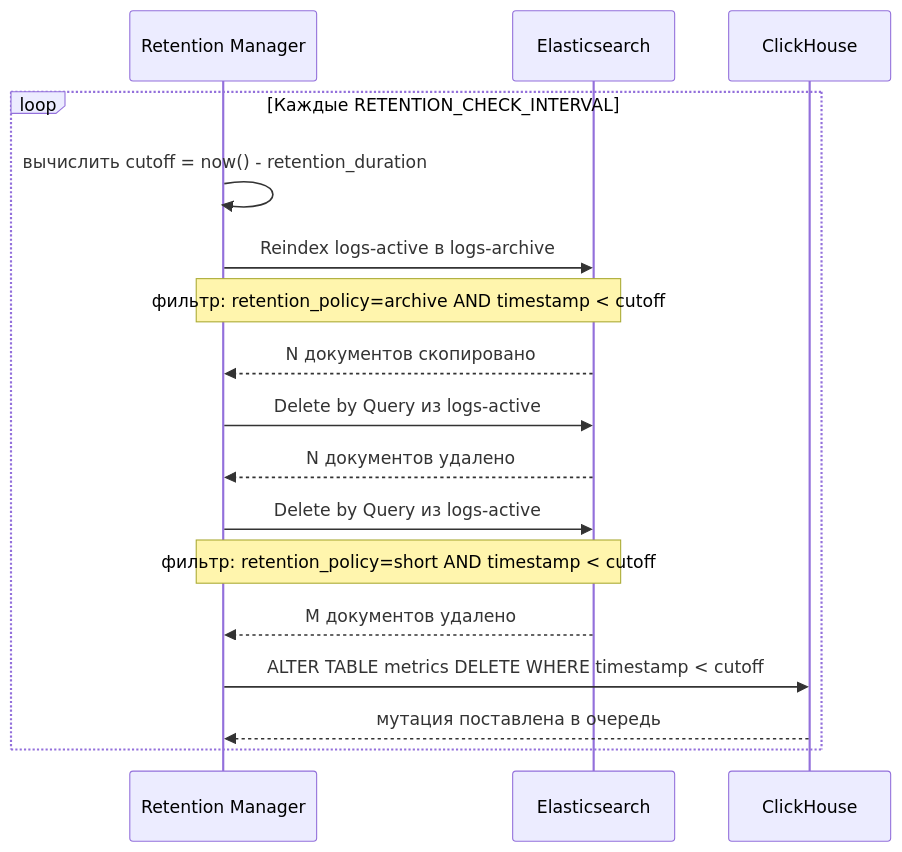
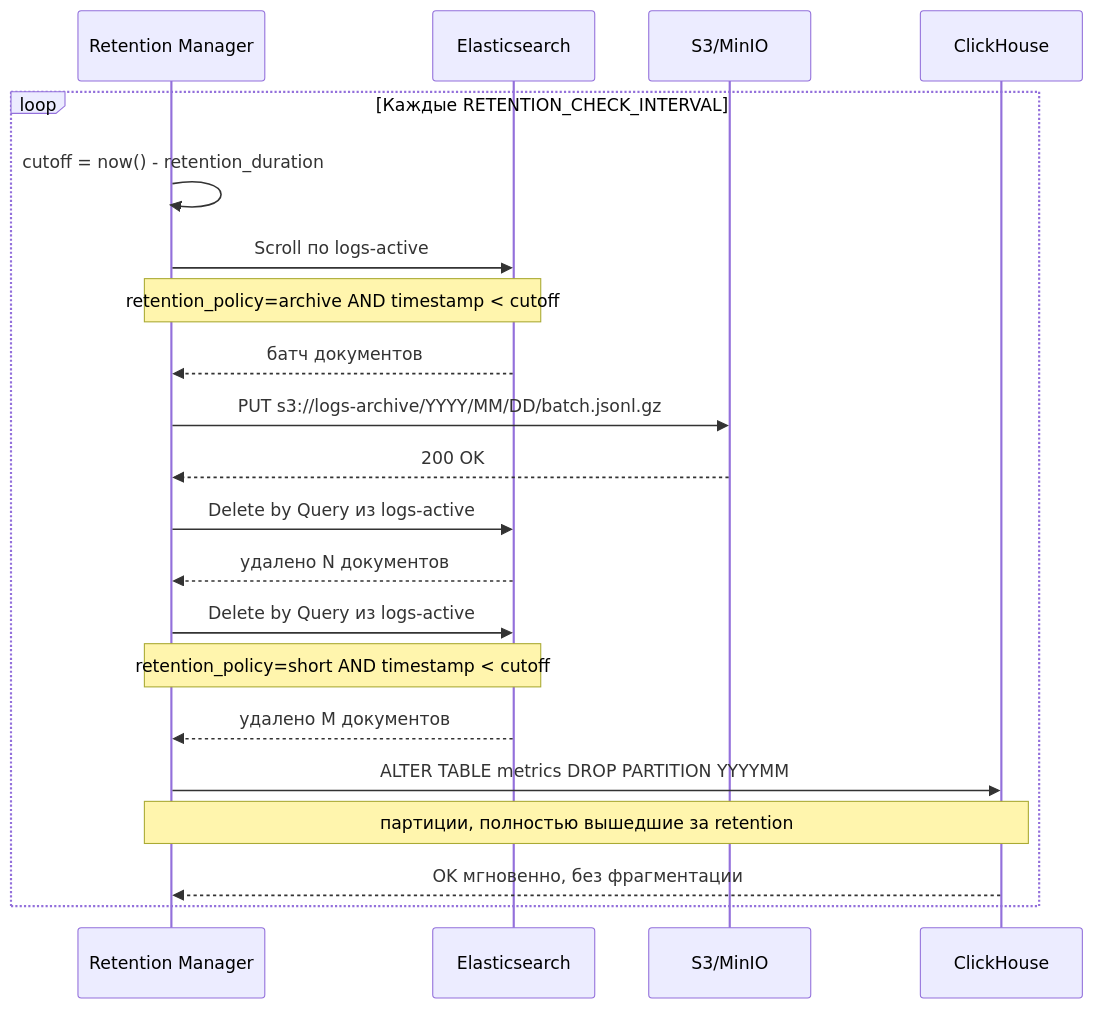
One commit to rastamanrin0/telemetry-service changed the eighth of 8 diagrams in README.md. Above: the diagram before and after it, drawn with Mermaid. The commit also changed other lines of this file, not shown here.

````diff
--- a/README.md
+++ b/README.md
@@ -131,20 +354,26 @@
 ```mermaid
 sequenceDiagram
     participant RM as Retention Manager
     participant ES as Elasticsearch
+    participant S3 as S3/MinIO
     participant CH as ClickHouse
 
     loop Каждые RETENTION_CHECK_INTERVAL
-        RM->>RM: вычислить cutoff = now() - retention_duration
-        RM->>ES: Reindex logs-active в logs-archive
-        Note over RM,ES: фильтр: retention_policy=archive AND timestamp < cutoff
-        ES-->>RM: N документов скопировано
+        RM->>RM: cutoff = now() - retention_duration
+        RM->>ES: Scroll по logs-active
+        Note over RM,ES: retention_policy=archive AND timestamp < cutoff
+        ES-->>RM: батч документов
+        RM->>S3: PUT s3://logs-archive/YYYY/MM/DD/batch.jsonl.gz
+        S3-->>RM: 200 OK
         RM->>ES: Delete by Query из logs-active
-        ES-->>RM: N документов удалено
+        ES-->>RM: удалено N документов
+
         RM->>ES: Delete by Query из logs-active
-        Note over RM,ES: фильтр: retention_policy=short AND timestamp < cutoff
-        ES-->>RM: M документов удалено
-        RM->>CH: ALTER TABLE metrics DELETE WHERE timestamp < cutoff
-        CH-->>RM: мутация поставлена в очередь
+        Note over RM,ES: retention_policy=short AND timestamp < cutoff
+        ES-->>RM: удалено M документов
+
+        RM->>CH: ALTER TABLE metrics DROP PARTITION YYYYMM
+        Note over RM,CH: партиции, полностью вышедшие за retention
+        CH-->>RM: OK мгновенно, без фрагментации
     end
 ```
````
